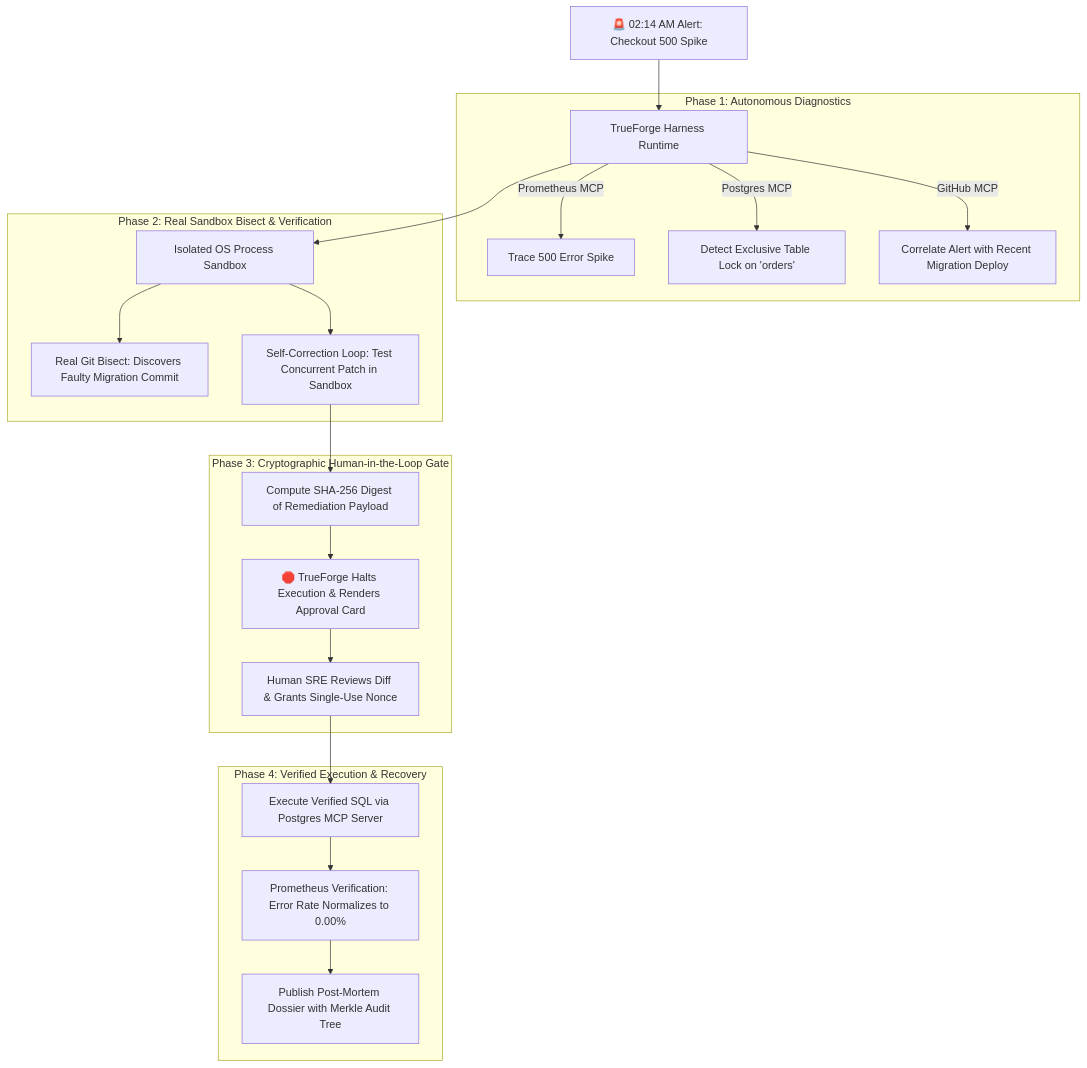
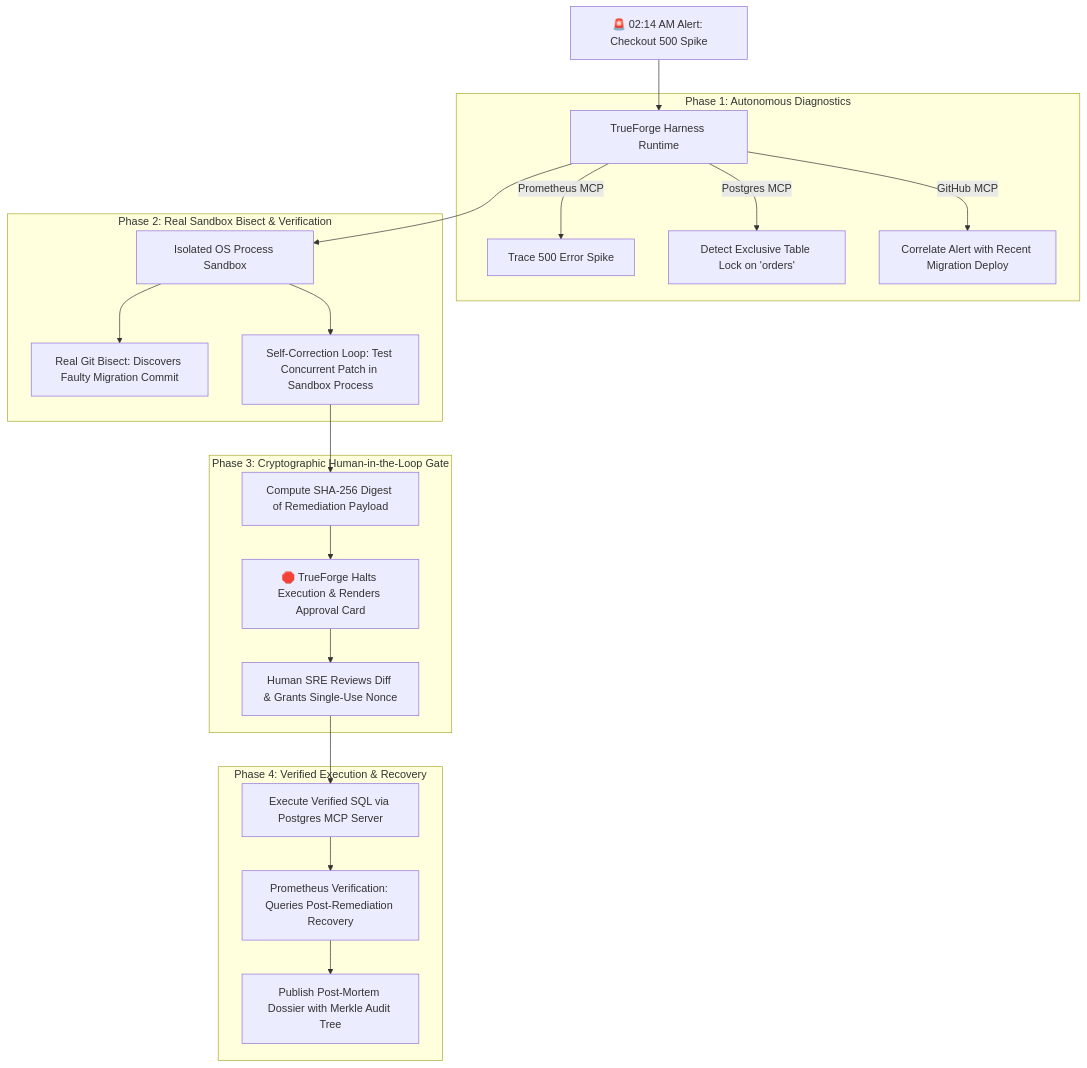
One commit to hivid1/truesentry changed the diagram in README.md. Above: the diagram before and after it, drawn with Mermaid. The commit also changed other lines of this file, not shown here.

Commit message:
docs: ground README claims strictly in verifiable OS process mechanics and add npm run verify

````diff
--- a/README.md
+++ b/README.md
@@ -25,28 +25,28 @@
 ```mermaid
 graph TD
     ALERT[🚨 02:14 AM Alert: Checkout 500 Spike] --> HARNESS[TrueForge Harness Runtime]
     
     subgraph "Phase 1: Autonomous Diagnostics"
         HARNESS -->|Prometheus MCP| METRICS[Trace 500 Error Spike]
         HARNESS -->|Postgres MCP| LOCKS[Detect Exclusive Table Lock on 'orders']
         HARNESS -->|GitHub MCP| DEPLOY[Correlate Alert with Recent Migration Deploy]
     end
     
     subgraph "Phase 2: Real Sandbox Bisect & Verification"
         HARNESS --> SANDBOX[Isolated OS Process Sandbox]
         SANDBOX --> BISECT[Real Git Bisect: Discovers Faulty Migration Commit]
-        SANDBOX --> TEST[Self-Correction Loop: Test Concurrent Patch in Sandbox]
+        SANDBOX --> TEST[Self-Correction Loop: Test Concurrent Patch in Sandbox Process]
     end
     
     subgraph "Phase 3: Cryptographic Human-in-the-Loop Gate"
         TEST --> HASH[Compute SHA-256 Digest of Remediation Payload]
         HASH --> PAUSE[🛑 TrueForge Halts Execution & Renders Approval Card]
         PAUSE --> SRE[Human SRE Reviews Diff & Grants Single-Use Nonce]
     end
     
     subgraph "Phase 4: Verified Execution & Recovery"
         SRE --> EXEC[Execute Verified SQL via Postgres MCP Server]
-        EXEC --> VERIFY[Prometheus Verification: Error Rate Normalizes to 0.00%]
+        EXEC --> VERIFY[Prometheus Verification: Queries Post-Remediation Recovery]
         VERIFY --> POSTMORTEM[Publish Post-Mortem Dossier with Merkle Audit Tree]
     end
 ```
````
